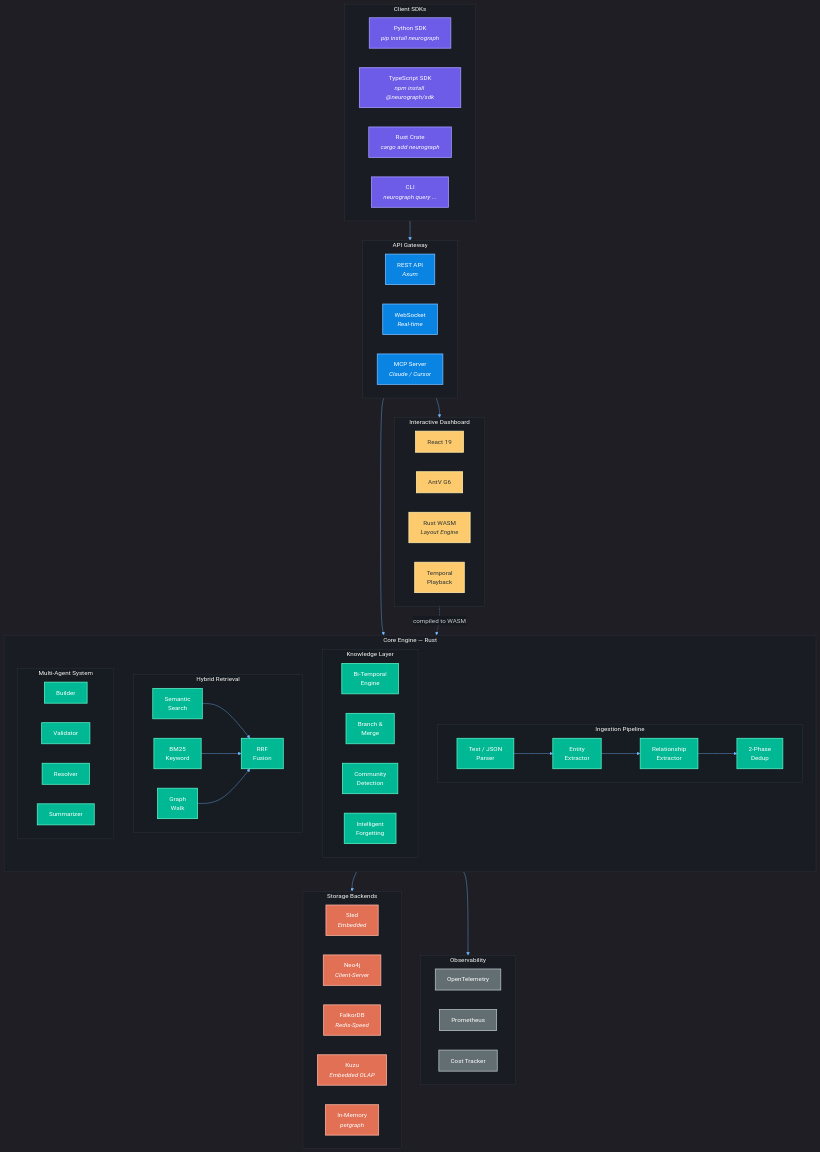
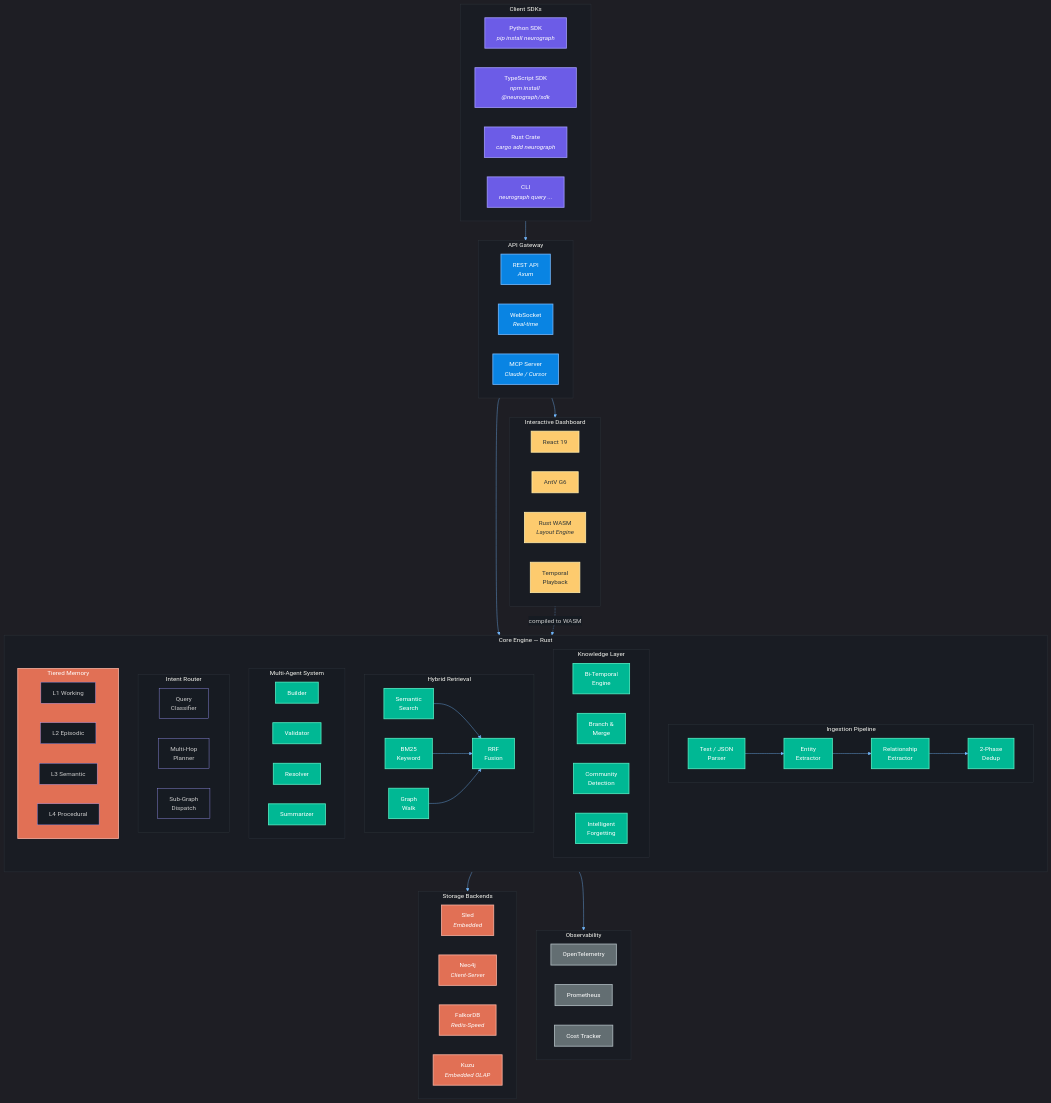
One commit to neurographai/neurograph changed the diagram in README.md. Above: the diagram before and after it, drawn with Mermaid. The commit also changed other lines of this file and 54 other files, not shown here.

```diff
--- a/README.md
+++ b/README.md
@@ -90,6 +103,21 @@
             RESOLVER["Resolver"]
             SUMMARIZER["Summarizer"]
         end
+
+        subgraph INTENT["Intent Router"]
+            direction LR
+            CLASSIFY["Query<br/>Classifier"]
+            PLANNER["Multi-Hop<br/>Planner"]
+            ROUTER["Sub-Graph<br/>Dispatch"]
+        end
+
+        subgraph MEMORY["Tiered Memory"]
+            direction LR
+            L1["L1 Working"]
+            L2["L2 Episodic"]
+            L3["L3 Semantic"]
+            L4["L4 Procedural"]
+        end
     end
 
     subgraph STORAGE["Storage Backends"]
```
